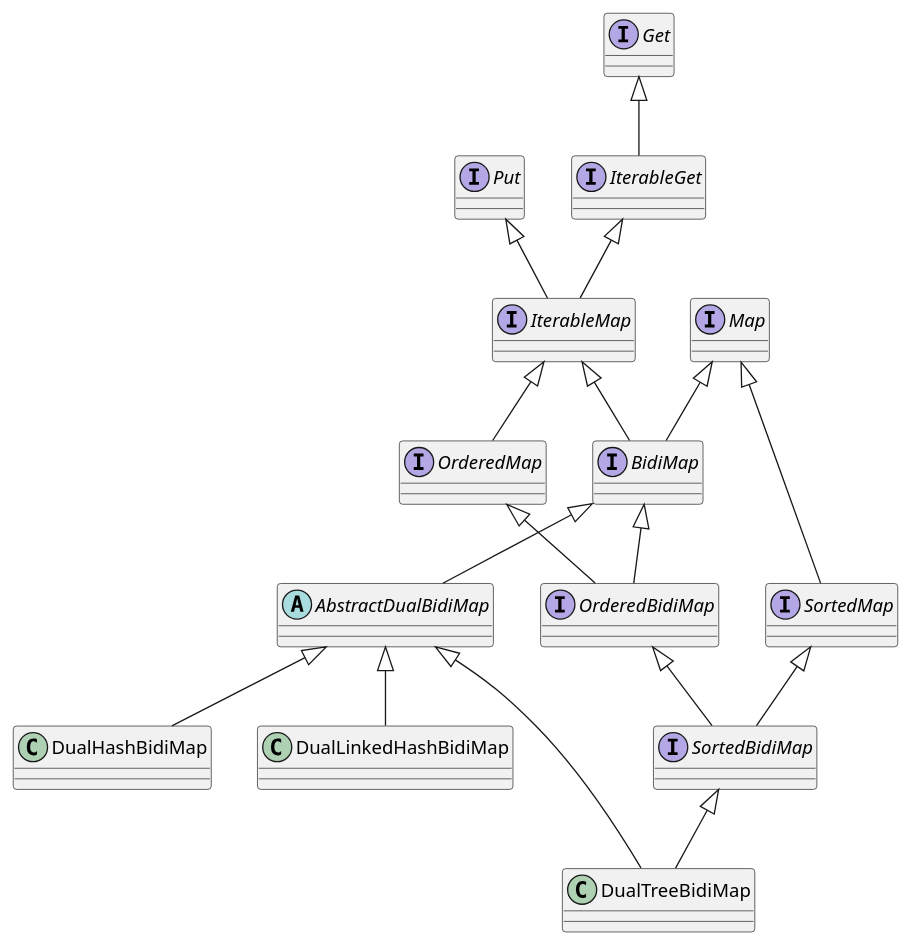
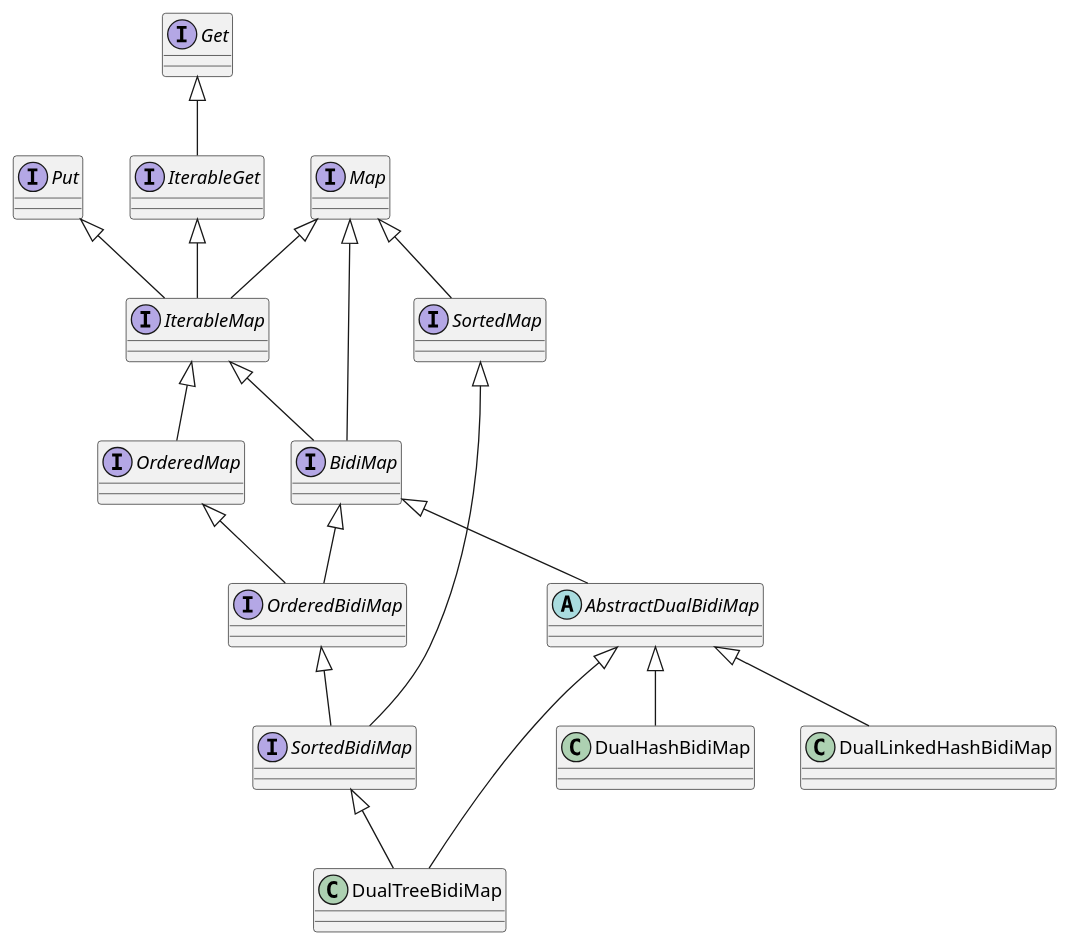
The diagram in tech-apache/apache-lang/src/main/resources/apache/collections/bidimap.puml (physicsLoveJava/java-miscellaneous), drawn with PlantUML before and after one commit. The commit also changed 2 other files, not shown here.

Commit message:
add map class diagram

```diff
--- a/tech-apache/apache-lang/src/main/resources/apache/collections/bidimap.puml
+++ b/tech-apache/apache-lang/src/main/resources/apache/collections/bidimap.puml
@@ -1,37 +1,38 @@
 @startuml
 
 interface Put
 interface Get
 interface IterableGet
 interface Map
 interface IterableMap
 interface BidiMap
 abstract class AbstractDualBidiMap
 
 interface SortedBidiMap
 interface SortedMap
 interface OrderedBidiMap
 interface OrderedMap
 
 
 Put <|-- IterableMap
+Map <|-- IterableMap
 IterableGet <|-- IterableMap
 Get <|-- IterableGet
 Map <|-- BidiMap
 IterableMap <|-- BidiMap
 BidiMap <|-- AbstractDualBidiMap
 AbstractDualBidiMap <|-- DualHashBidiMap
 AbstractDualBidiMap <|-- DualLinkedHashBidiMap
 AbstractDualBidiMap <|-- DualTreeBidiMap
 SortedBidiMap <|-- DualTreeBidiMap
 SortedMap <|-- SortedBidiMap
 BidiMap <|-- OrderedBidiMap
 OrderedBidiMap <|-- SortedBidiMap
 OrderedMap <|-- OrderedBidiMap
 IterableMap <|-- OrderedMap
 Map <|-- SortedMap
 
 
 
 
 @enduml
```
